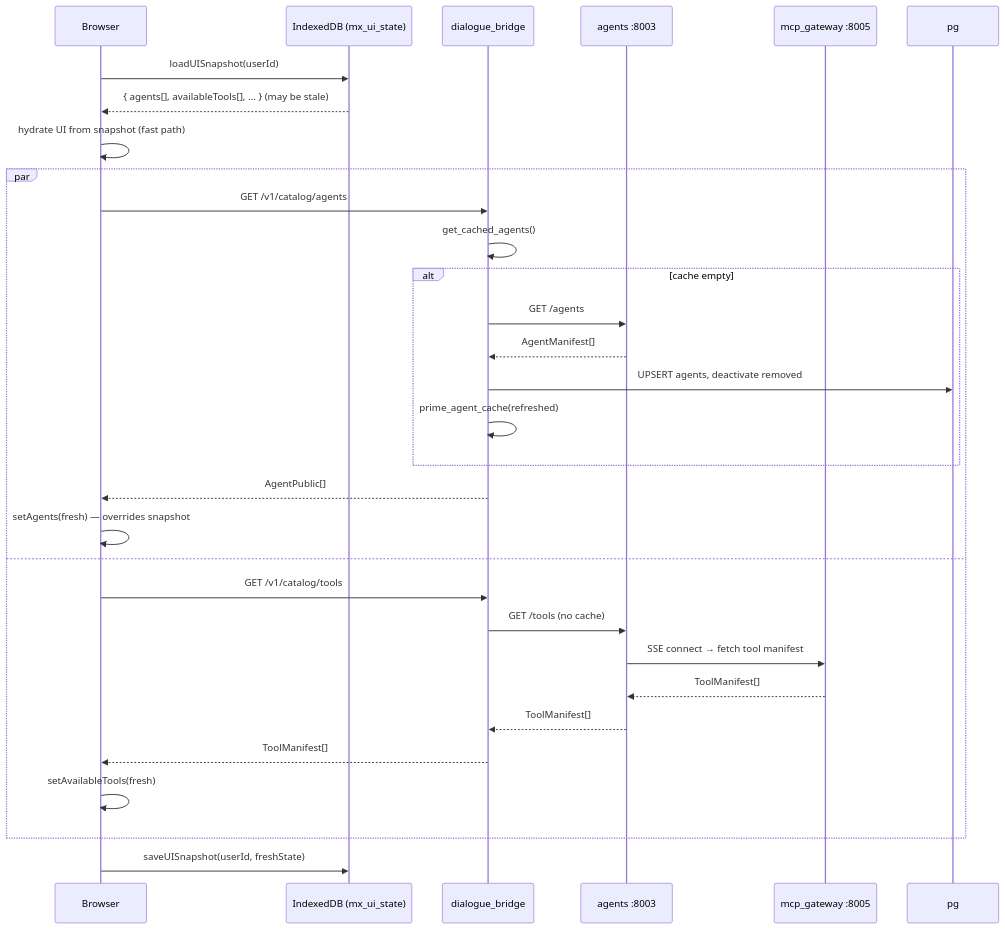
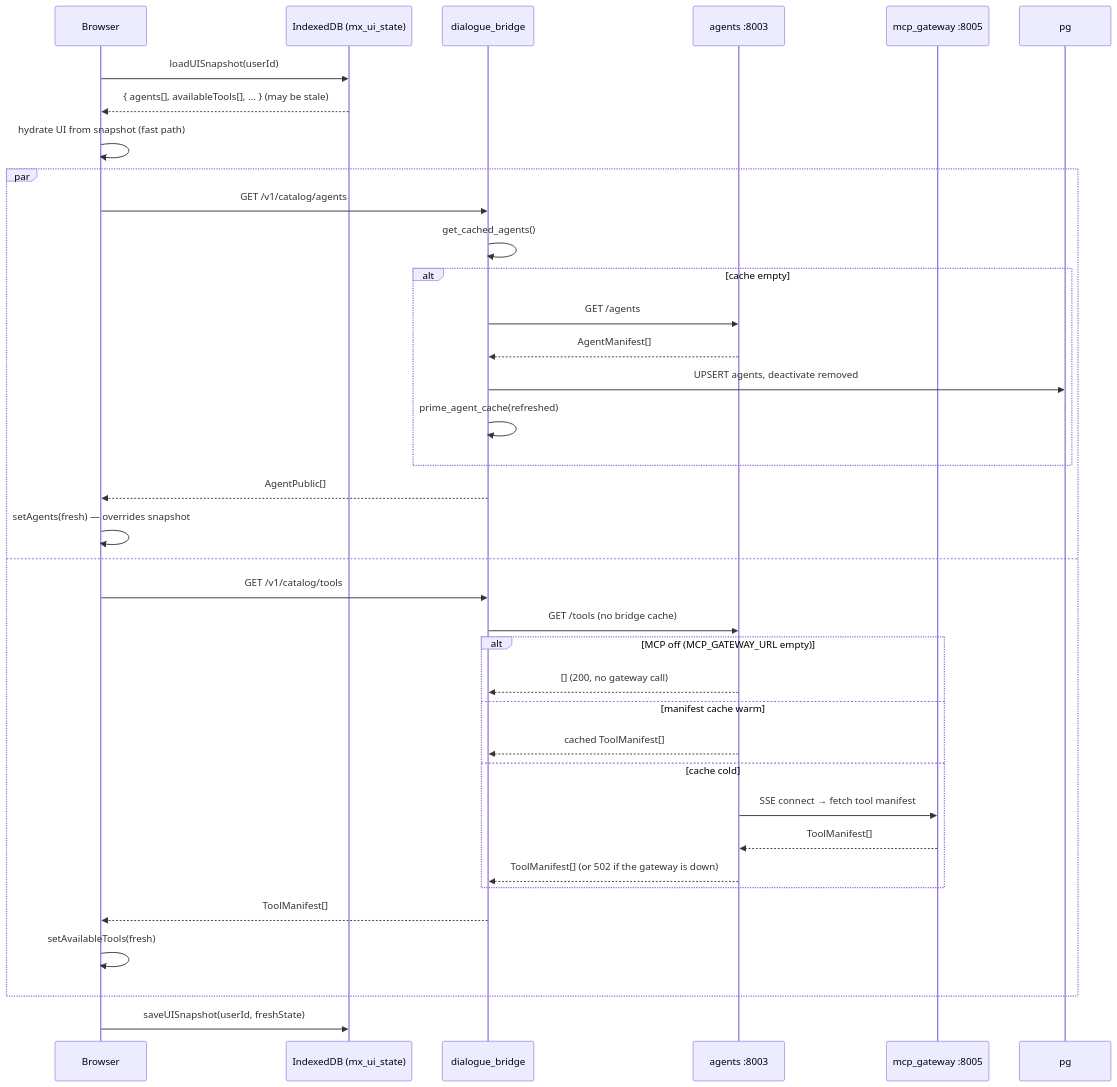
One commit to konstantinosmpouros/mAgenticX changed the second of 6 diagrams in docs/flows/catalog.md. Above: the diagram before and after it, drawn with Mermaid. The commit also changed other lines of this file and 31 other files, not shown here.

````diff
--- a/docs/flows/catalog.md
+++ b/docs/flows/catalog.md
@@ -24,35 +24,41 @@
 ```mermaid
 sequenceDiagram
     participant B as Browser
     participant IDB as IndexedDB (mx_ui_state)
     participant D as dialogue_bridge
     participant A as agents :8003
     participant M as mcp_gateway :8005
 
     B->>IDB: loadUISnapshot(userId)
     IDB-->>B: { agents[], availableTools[], ... } (may be stale)
     B->>B: hydrate UI from snapshot (fast path)
 
     par
         B->>D: GET /v1/catalog/agents
         D->>D: get_cached_agents()
         alt cache empty
             D->>A: GET /agents
             A-->>D: AgentManifest[]
             D->>pg: UPSERT agents, deactivate removed
             D->>D: prime_agent_cache(refreshed)
         end
         D-->>B: AgentPublic[]
         B->>B: setAgents(fresh) — overrides snapshot
     and
         B->>D: GET /v1/catalog/tools
-        D->>A: GET /tools (no cache)
-        A->>M: SSE connect → fetch tool manifest
-        M-->>A: ToolManifest[]
-        A-->>D: ToolManifest[]
+        D->>A: GET /tools (no bridge cache)
+        alt MCP off (MCP_GATEWAY_URL empty)
+            A-->>D: [] (200, no gateway call)
+        else manifest cache warm
+            A-->>D: cached ToolManifest[]
+        else cache cold
+            A->>M: SSE connect → fetch tool manifest
+            M-->>A: ToolManifest[]
+            A-->>D: ToolManifest[] (or 502 if the gateway is down)
+        end
         D-->>B: ToolManifest[]
         B->>B: setAvailableTools(fresh)
     end
 
     B->>IDB: saveUISnapshot(userId, freshState)
 ```
````
